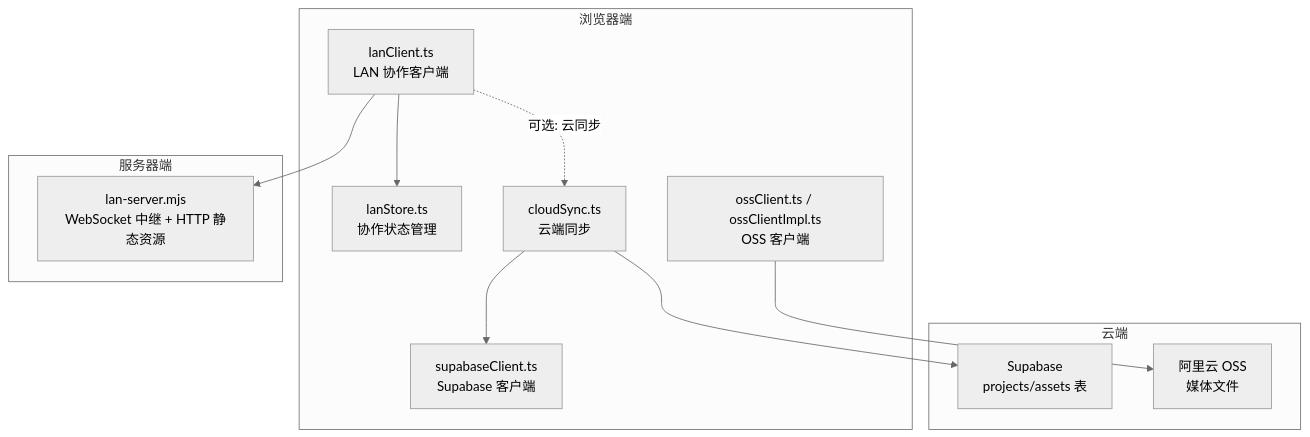
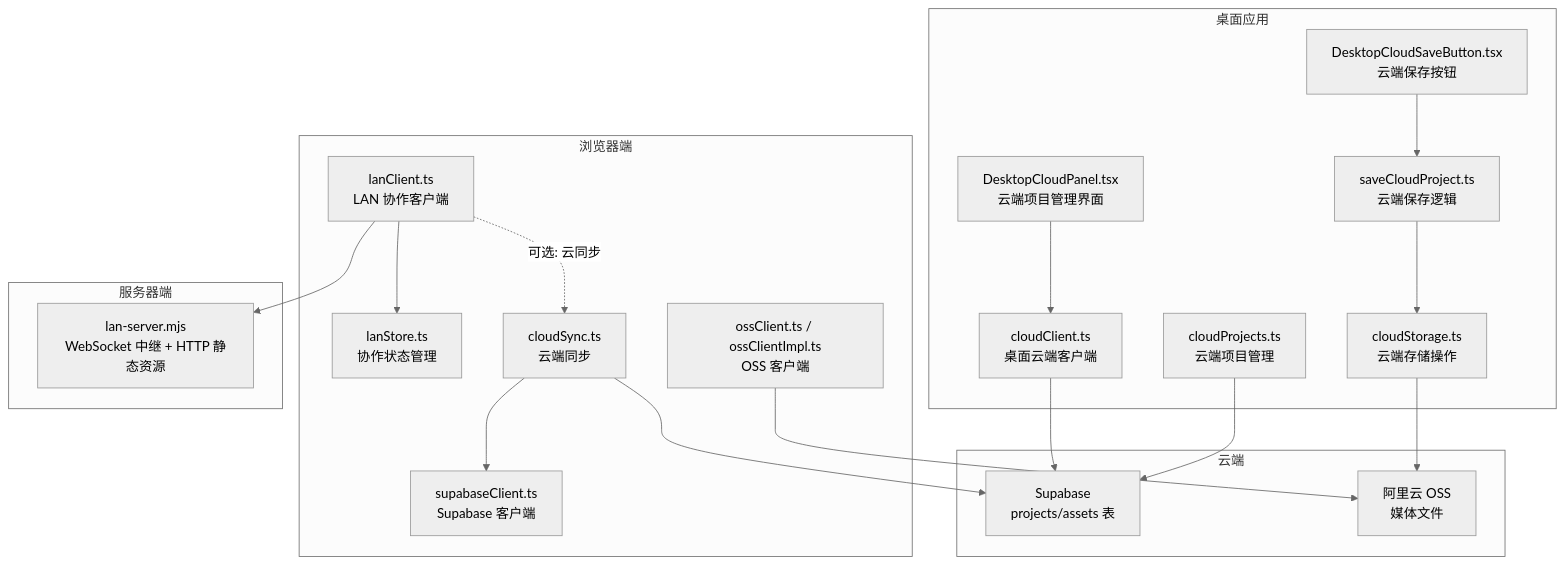
The first of 6 diagrams in .qoder/repowiki/zh/content/项目概述/核心功能/协作同步系统/协作同步系统.md (suqi-bot/SuQCanvas), drawn with Mermaid (neutral theme) before and after one commit. The commit also changed other lines of this file and 93 other files, not shown here.

````diff
--- a/.qoder/repowiki/zh/content/项目概述/核心功能/协作同步系统/协作同步系统.md
+++ b/.qoder/repowiki/zh/content/项目概述/核心功能/协作同步系统/协作同步系统.md
@@ -47,23 +63,37 @@
 ```mermaid
 graph TB
 subgraph "浏览器端"
 A["lanClient.ts<br/>LAN 协作客户端"]
 B["lanStore.ts<br/>协作状态管理"]
 C["cloudSync.ts<br/>云端同步"]
 D["supabaseClient.ts<br/>Supabase 客户端"]
 E["ossClient.ts / ossClientImpl.ts<br/>OSS 客户端"]
+end
+subgraph "桌面应用"
+F["DesktopCloudPanel.tsx<br/>云端项目管理界面"]
+G["DesktopCloudSaveButton.tsx<br/>云端保存按钮"]
+H["cloudClient.ts<br/>桌面云端客户端"]
+I["cloudProjects.ts<br/>云端项目管理"]
+J["saveCloudProject.ts<br/>云端保存逻辑"]
+K["cloudStorage.ts<br/>云端存储操作"]
 end
 subgraph "服务器端"
 S["lan-server.mjs<br/>WebSocket 中继 + HTTP 静态资源"]
 end
 subgraph "云端"
 SUP["Supabase<br/>projects/assets 表"]
 OSS["阿里云 OSS<br/>媒体文件"]
 end
 A --> S
 A --> B
 C --> D
 C --> SUP
 E --> OSS
+F --> H
+G --> J
+H --> SUP
+I --> SUP
+J --> K
+K --> OSS
 A -.->|可选: 云同步| C
 ```
````
